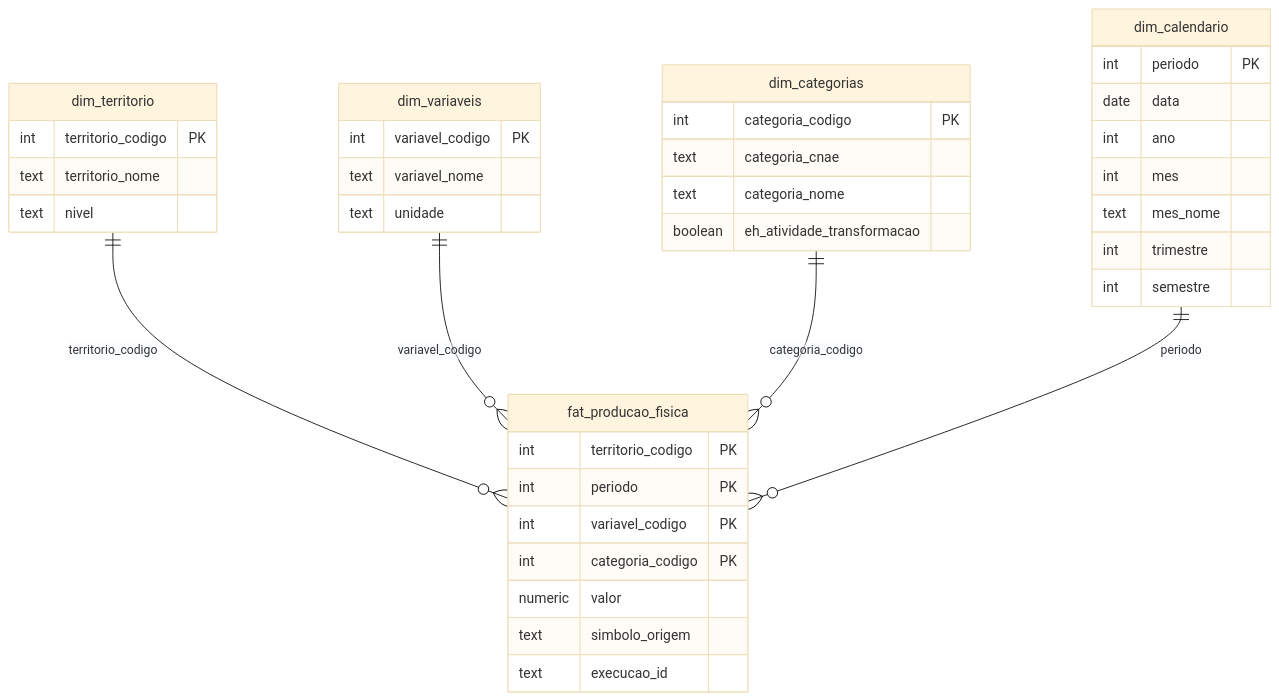
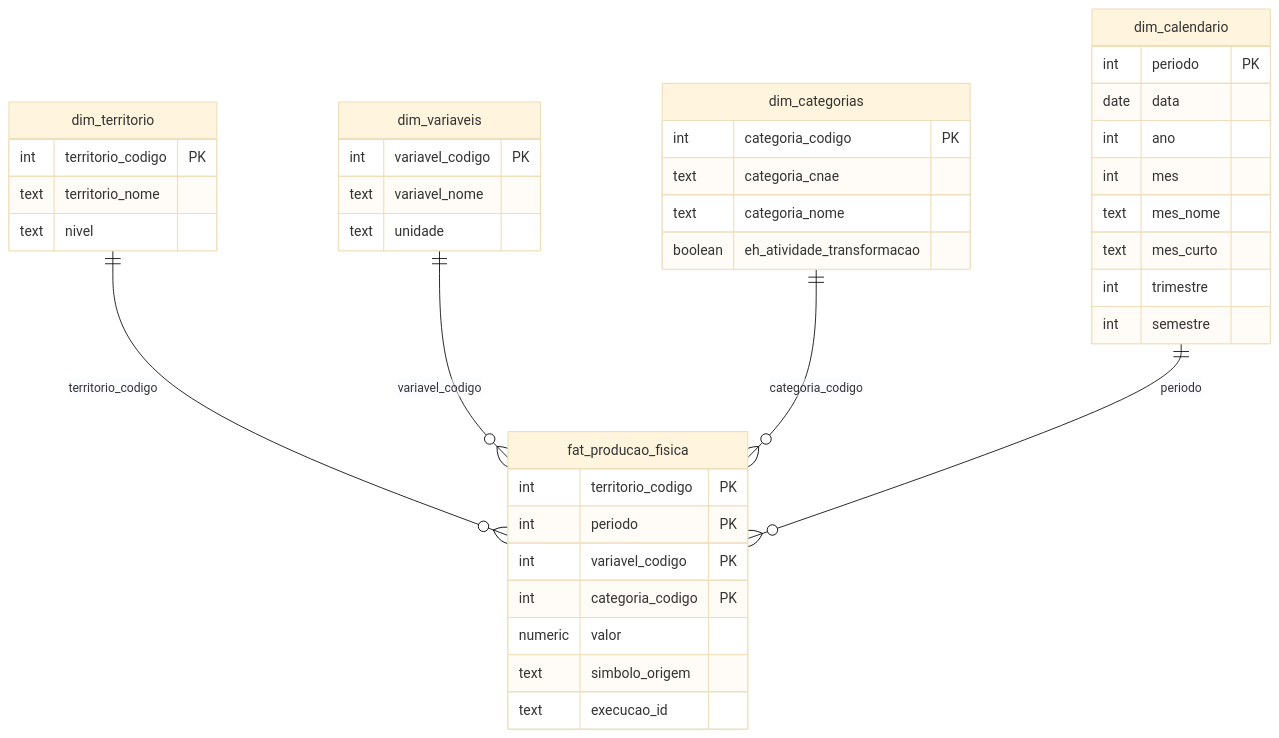
One commit to alexdesousapereira/processo-fiec-engenheiro-dados-II changed the fourth of 4 diagrams in specs/001-pipeline-pim-pf/data-model.md. Above: the diagram before and after it, drawn with Mermaid (base theme). The commit also changed 3 other files, not shown here.

````diff
--- a/specs/001-pipeline-pim-pf/data-model.md
+++ b/specs/001-pipeline-pim-pf/data-model.md
@@ -96,41 +96,42 @@
 ```mermaid
 erDiagram
     dim_territorio ||--o{ fat_producao_fisica : territorio_codigo
     dim_variaveis ||--o{ fat_producao_fisica : variavel_codigo
     dim_categorias ||--o{ fat_producao_fisica : categoria_codigo
     dim_calendario ||--o{ fat_producao_fisica : periodo
     dim_territorio {
         int territorio_codigo PK
         text territorio_nome
         text nivel
     }
     dim_variaveis {
         int variavel_codigo PK
         text variavel_nome
         text unidade
     }
     dim_categorias {
         int categoria_codigo PK
         text categoria_cnae
         text categoria_nome
         boolean eh_atividade_transformacao
     }
     dim_calendario {
         int periodo PK
         date data
         int ano
         int mes
         text mes_nome
+        text mes_curto
         int trimestre
         int semestre
     }
     fat_producao_fisica {
         int territorio_codigo PK
         int periodo PK
         int variavel_codigo PK
         int categoria_codigo PK
         numeric valor
         text simbolo_origem
         text execucao_id
     }
 ```
````
